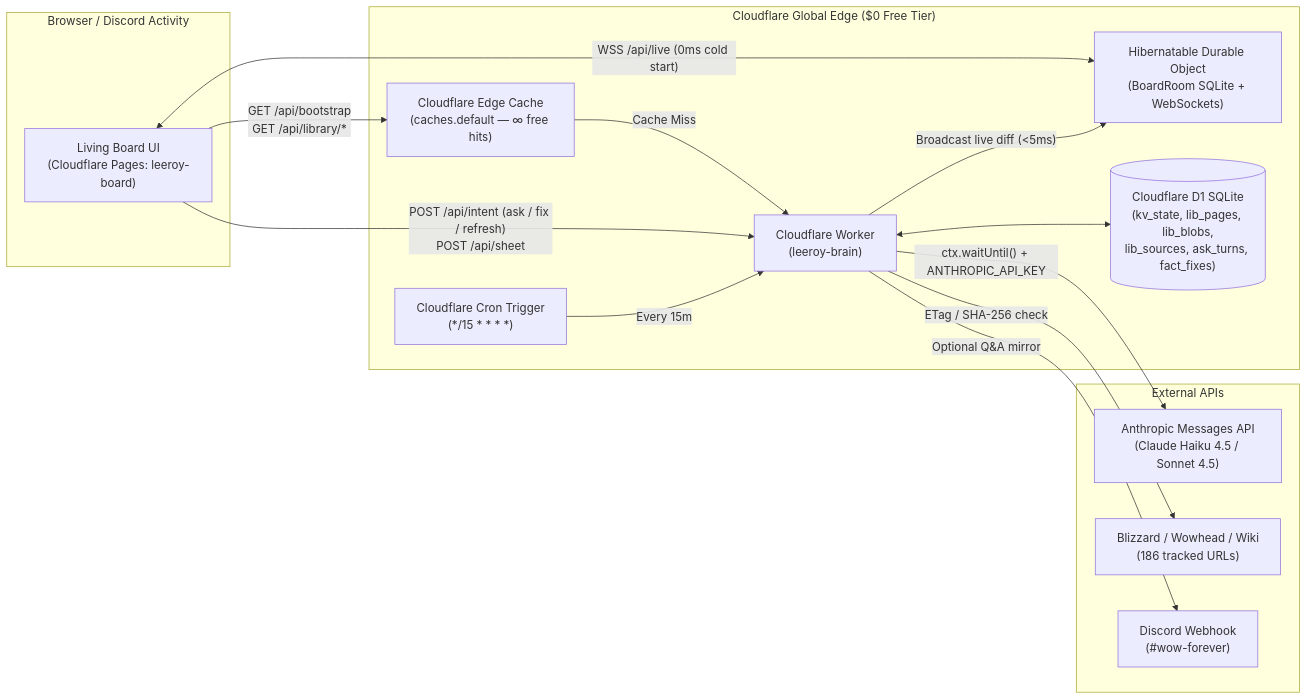
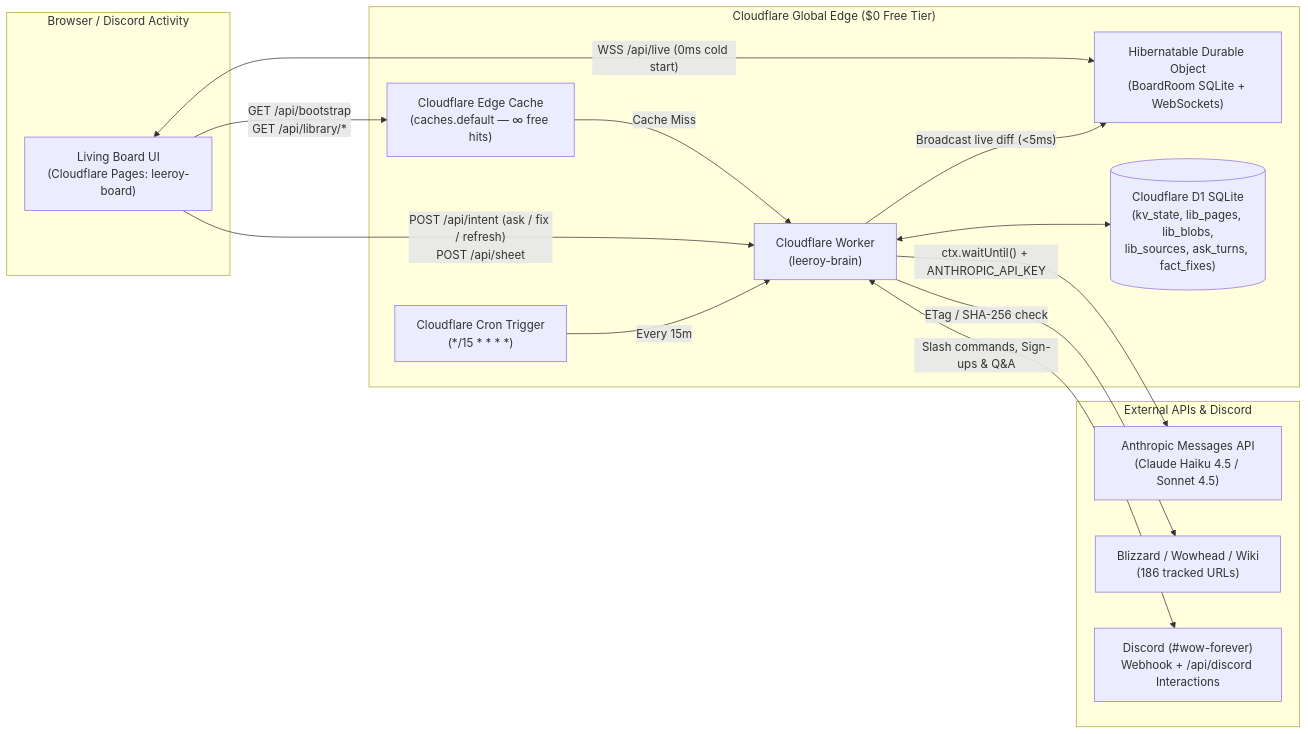
Before and after one commit to Matt-Bloise/leeroy-board: the diagram in infrastructure/README.md, drawn with Mermaid. The commit also changed other lines of this file and 4 other files, not shown here.

Commit message:
feat: add Discord HTTP interactions endpoint, signup sync, and Discord bot setup guide

````diff
--- a/infrastructure/README.md
+++ b/infrastructure/README.md
@@ -9,31 +9,31 @@
 ```mermaid
 flowchart LR
   subgraph Client["Browser / Discord Activity"]
     UI["Living Board UI\n(Cloudflare Pages: leeroy-board)"]
   end
 
   subgraph Edge["Cloudflare Global Edge ($0 Free Tier)"]
     Cache["Cloudflare Edge Cache\n(caches.default — ∞ free hits)"]
     Worker["Cloudflare Worker\n(leeroy-brain)"]
     DO["Hibernatable Durable Object\n(BoardRoom SQLite + WebSockets)"]
     D1[("Cloudflare D1 SQLite\n(kv_state, lib_pages, lib_blobs,\nlib_sources, ask_turns, fact_fixes)")]
     Cron["Cloudflare Cron Trigger\n(*/15 * * * *)"]
   end
 
-  subgraph External["External APIs"]
+  subgraph External["External APIs & Discord"]
     Claude["Anthropic Messages API\n(Claude Haiku 4.5 / Sonnet 4.5)"]
     Sources["Blizzard / Wowhead / Wiki\n(186 tracked URLs)"]
-    Discord["Discord Webhook\n(#wow-forever)"]
+    Discord["Discord (#wow-forever)\nWebhook + /api/discord Interactions"]
   end
 
   UI -- "GET /api/bootstrap\nGET /api/library/*" --> Cache
   Cache -- "Cache Miss" --> Worker
   Worker <--> D1
   UI <-->|"WSS /api/live (0ms cold start)"| DO
   UI -- "POST /api/intent (ask / fix / refresh)\nPOST /api/sheet" --> Worker
   Worker -- "Broadcast live diff (<5ms)" --> DO
   Worker -- "ctx.waitUntil() + ANTHROPIC_API_KEY" --> Claude
-  Worker -- "Optional Q&A mirror" --> Discord
+  Worker <-->|"Slash commands, Sign-ups & Q&A"| Discord
   Cron -- "Every 15m" --> Worker
   Worker -- "ETag / SHA-256 check" --> Sources
 ```
````
